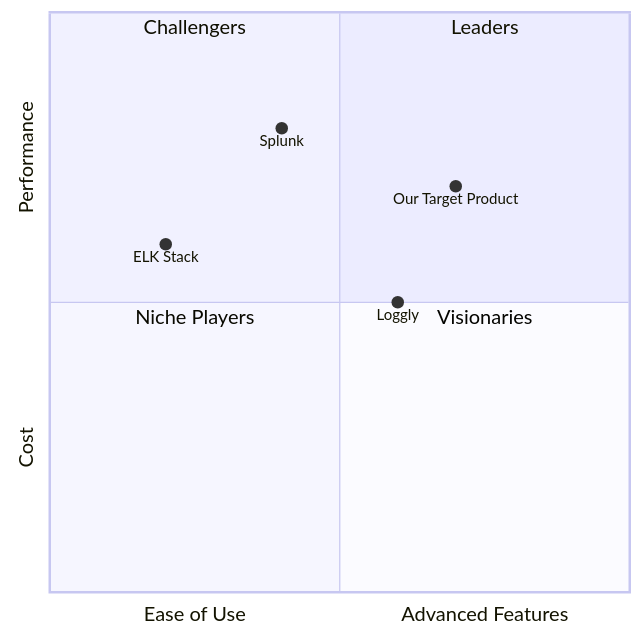
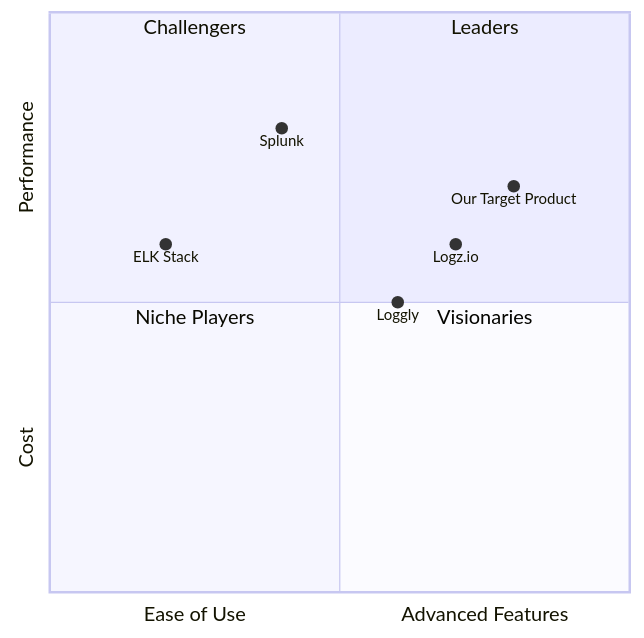
Before and after one commit to sfxworks/log_processor: the diagram in resources/competitive_analysis/20240530040709.mmd, drawn with Mermaid. The commit also changed 22 other files, not shown here.

```diff
--- a/resources/competitive_analysis/20240530040709.mmd
+++ b/resources/competitive_analysis/20240530040709.mmd
@@ -1,11 +1,12 @@
 quadrantChart
     x-axis "Ease of Use" --> "Advanced Features"
     y-axis "Cost" --> "Performance"
     quadrant-1 "Leaders"
     quadrant-2 "Challengers"
     quadrant-3 "Niche Players"
     quadrant-4 "Visionaries"
     "Loggly": [0.6, 0.5]
     "Splunk": [0.4, 0.8]
     "ELK Stack": [0.2, 0.6]
-    "Our Target Product": [0.7, 0.7]
+    "Logz.io": [0.7, 0.6]
+    "Our Target Product": [0.8, 0.7]
```
